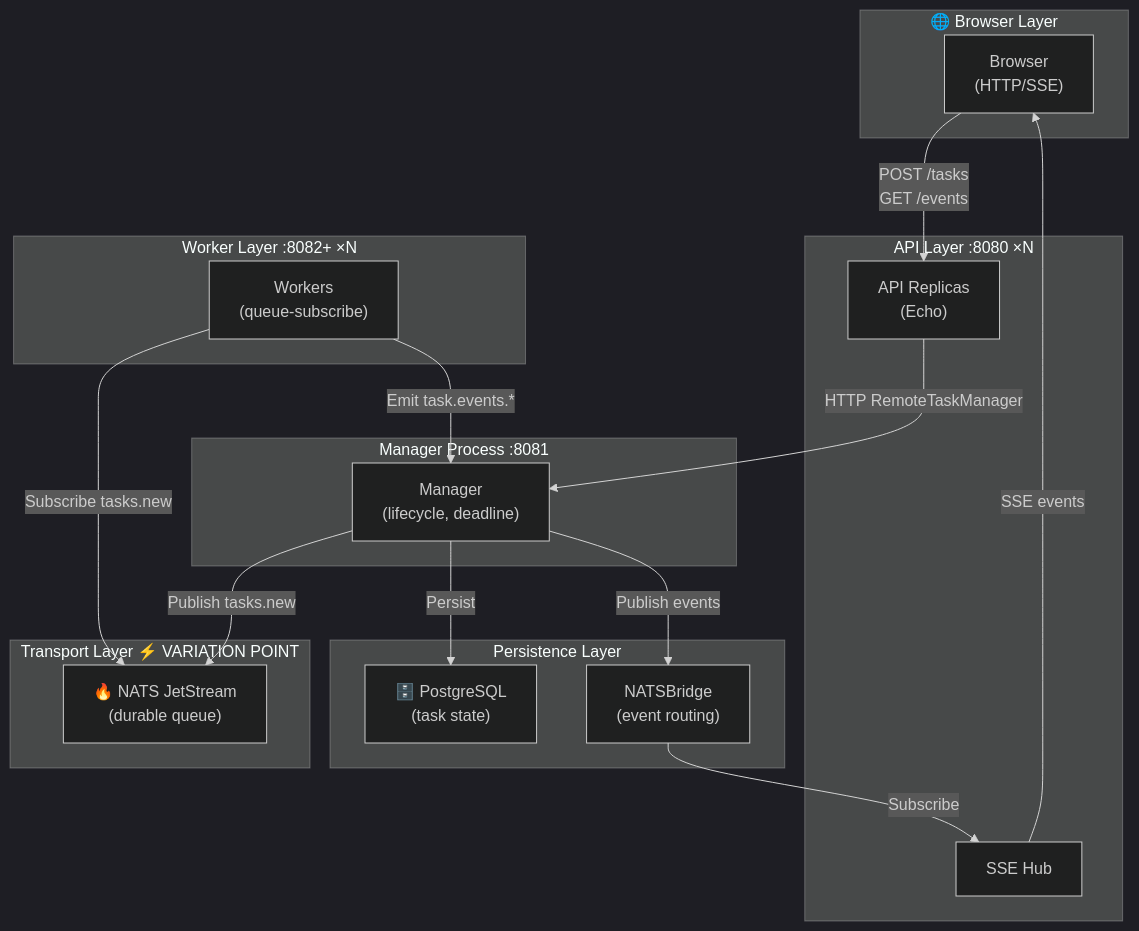
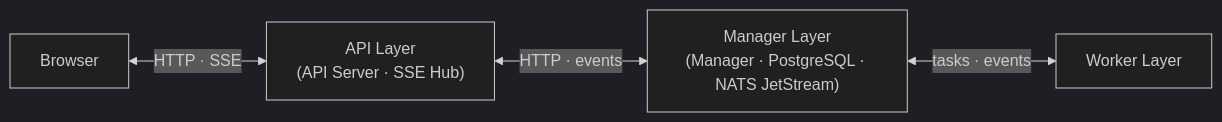
Before and after one commit to deyarchit/work-distribution-patterns: the sixth of 7 diagrams in README.md, drawn with Mermaid (dark theme). The commit also changed other lines of this file, not shown here.

````diff
--- a/README.md
+++ b/README.md
@@ -189,38 +108,11 @@
 ```mermaid
-graph TB
-    subgraph L1["🌐 Browser Layer"]
-        Browser["Browser<br/>(HTTP/SSE)"]
-    end
+graph LR
+    Browser["Browser"]
+    API["API Layer<br/>(API Server · SSE Hub)"]
+    Manager["Manager Layer<br/>(Manager · PostgreSQL · NATS JetStream)"]
+    Workers["Worker Layer"]
 
-    subgraph L2["API Layer :8080 ×N"]
-        APIs["API Replicas<br/>(Echo)"]
-        SSEHub["SSE Hub"]
-    end
-
-    subgraph L3["Manager Process :8081"]
-        Manager["Manager<br/>(lifecycle, deadline)"]
-    end
-
-    subgraph L4["Transport Layer ⚡ VARIATION POINT"]
-        NATS["🔥 NATS JetStream<br/>(durable queue)"]
-    end
-
-    subgraph L5["Worker Layer :8082+ ×N"]
-        Workers["Workers<br/>(queue-subscribe)"]
-    end
-
-    subgraph L6["Persistence Layer"]
-        EventBridge["NATSBridge<br/>(event routing)"]
-        PG["🗄️ PostgreSQL<br/>(task state)"]
-    end
-
-    Browser -->|POST /tasks<br/>GET /events| APIs
-    APIs -->|HTTP RemoteTaskManager| Manager
-    Manager -->|Publish tasks.new| NATS
-    Workers -->|Subscribe tasks.new| NATS
-    Workers -->|Emit task.events.*| Manager
-    Manager -->|Persist| PG
-    Manager -->|Publish events| EventBridge
-    EventBridge -->|Subscribe| SSEHub
-    SSEHub -->|SSE events| Browser
+    Browser <-->|"HTTP · SSE"| API
+    API <-->|"HTTP · events"| Manager
+    Manager <-->|"tasks · events"| Workers
 ```
````
